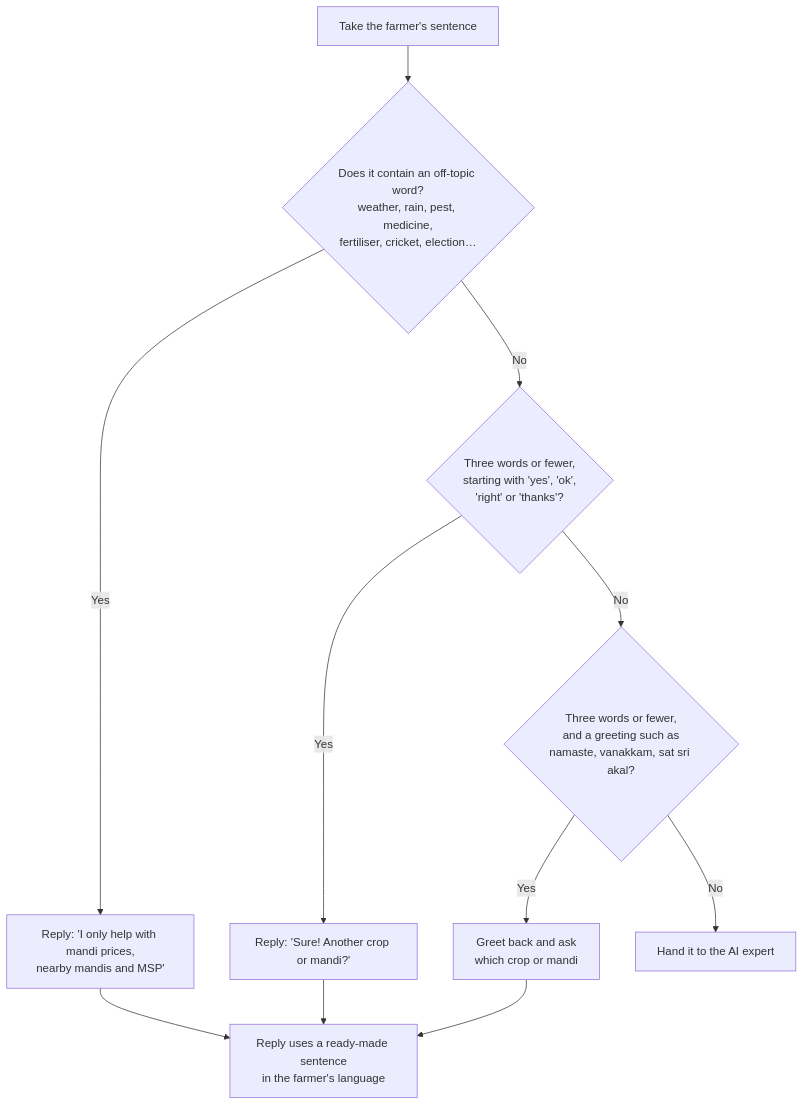
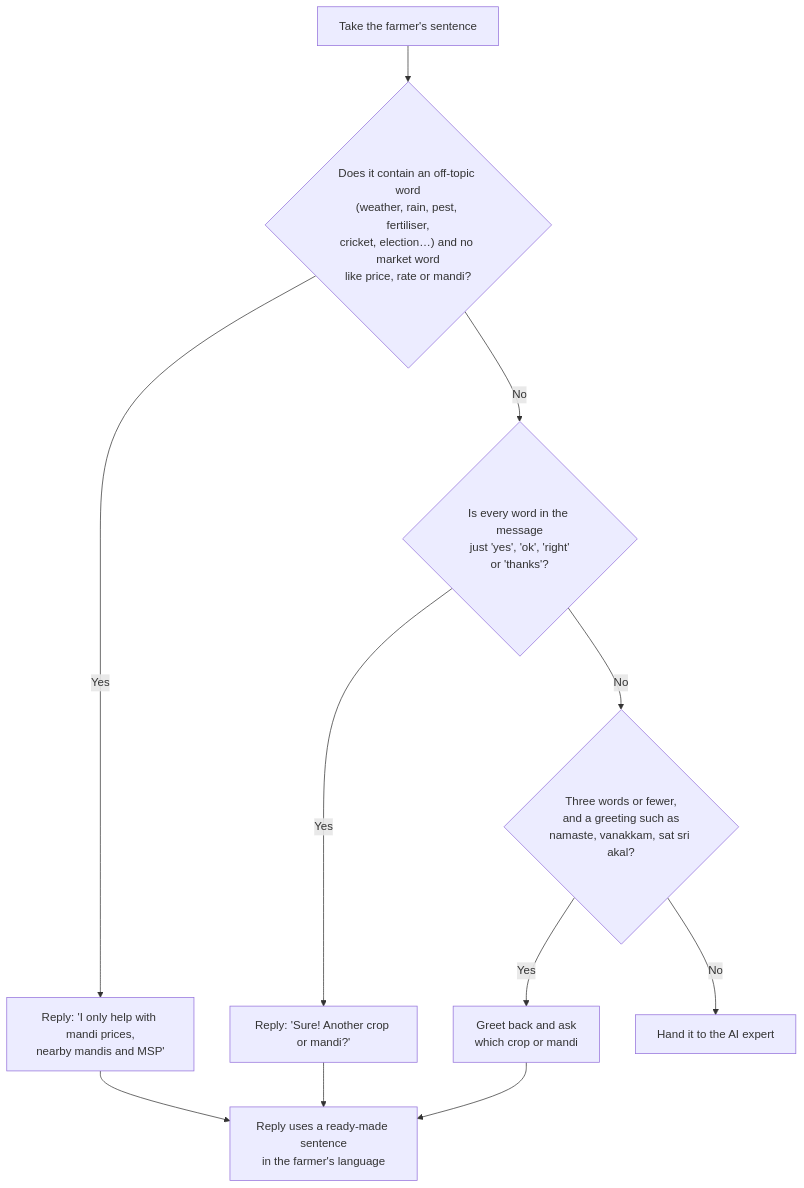
Before and after one commit to adi9336/Agri_Watch: the fifth of 15 diagrams in README.md, drawn with Mermaid. The commit also changed other lines of this file and 3 other files, not shown here.

````diff
--- a/README.md
+++ b/README.md
@@ -411,13 +411,13 @@
 ```mermaid
 flowchart TD
-    A["Take the farmer's sentence"] --> B{"Does it contain an off-topic word?<br/>weather, rain, pest, medicine,<br/>fertiliser, cricket, election…"}
+    A["Take the farmer's sentence"] --> B{"Does it contain an off-topic word<br/>(weather, rain, pest, fertiliser,<br/>cricket, election…) and no market word<br/>like price, rate or mandi?"}
     B -- Yes --> B1["Reply: 'I only help with mandi prices,<br/>nearby mandis and MSP'"]
-    B -- No --> C{"Three words or fewer,<br/>starting with 'yes', 'ok',<br/>'right' or 'thanks'?"}
+    B -- No --> C{"Is every word in the message<br/>just 'yes', 'ok', 'right'<br/>or 'thanks'?"}
     C -- Yes --> C1["Reply: 'Sure! Another crop or mandi?'"]
     C -- No --> D{"Three words or fewer,<br/>and a greeting such as<br/>namaste, vanakkam, sat sri akal?"}
     D -- Yes --> D1["Greet back and ask<br/>which crop or mandi"]
     D -- No --> E["Hand it to the AI expert"]
     B1 --> F["Reply uses a ready-made sentence<br/>in the farmer's language"]
     C1 --> F
     D1 --> F
 ```
````
